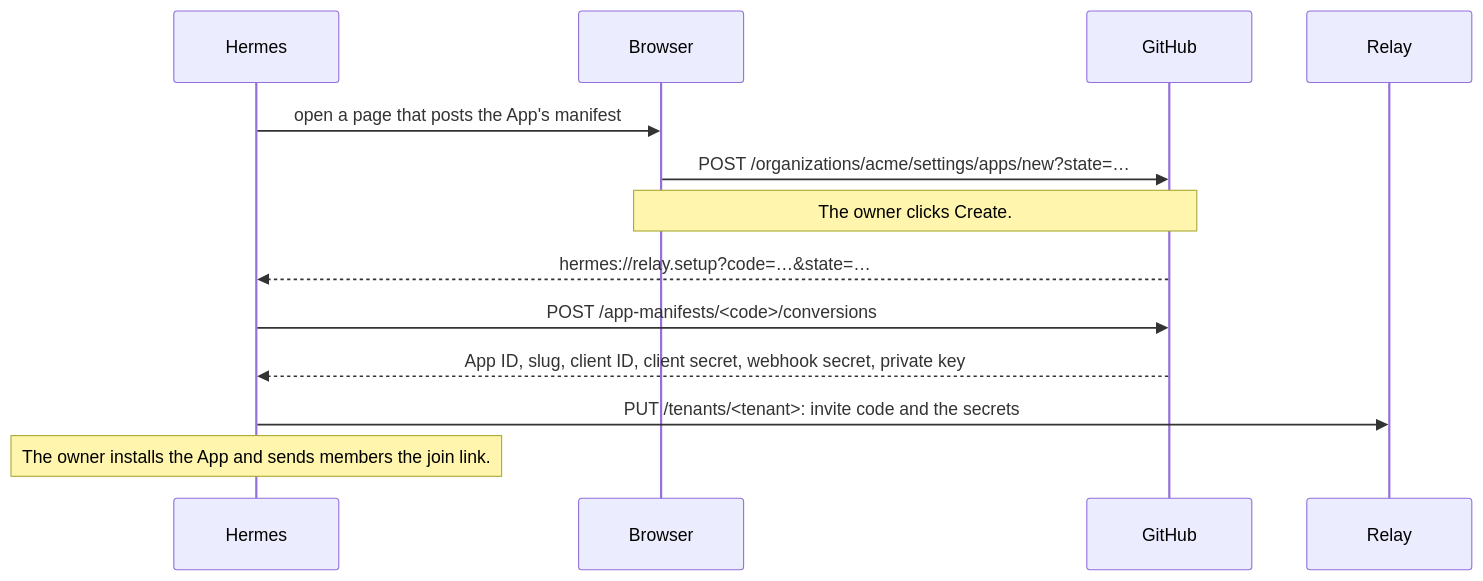
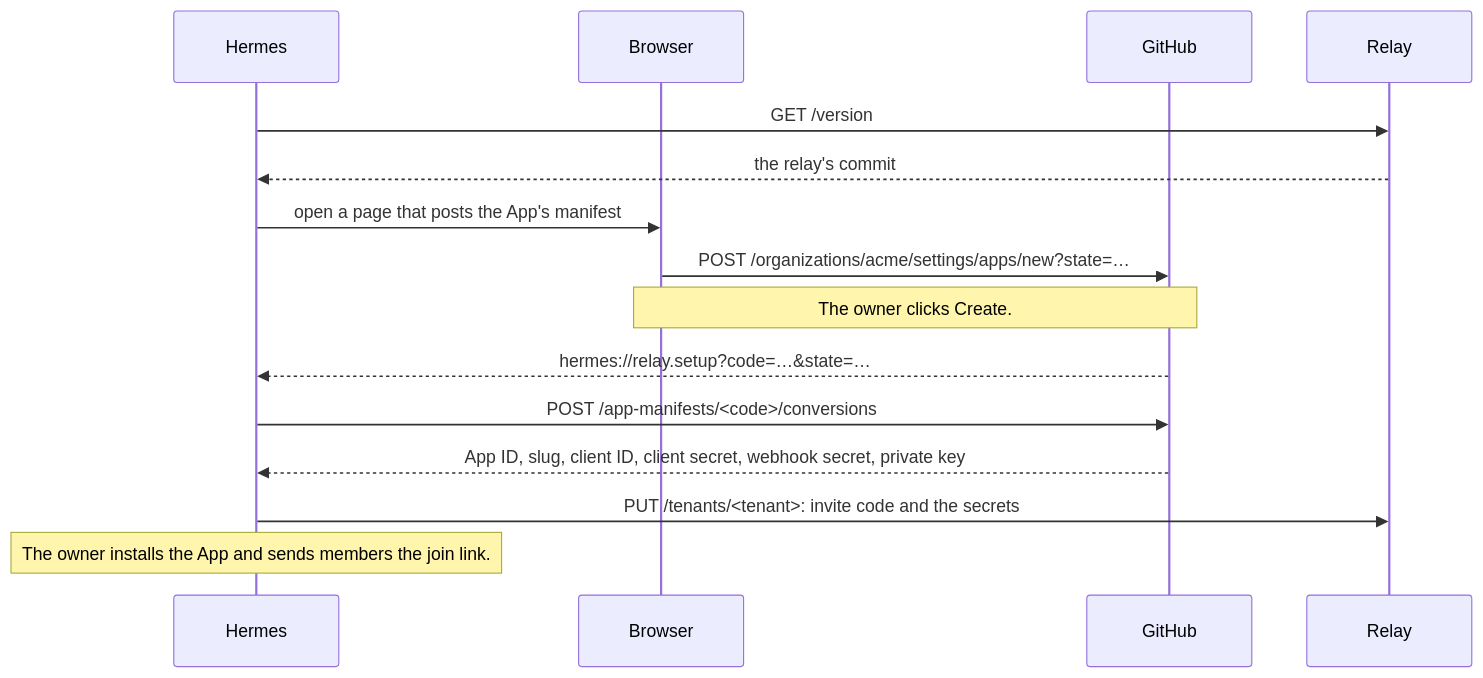
The first of 3 diagrams in plans/relay-client.md (bojanrajkovic/hermes), drawn with Mermaid before and after one commit. The commit also changed other lines of this file and 13 other files, not shown here.

````diff
--- a/plans/relay-client.md
+++ b/plans/relay-client.md
@@ -33,15 +33,17 @@
 ```mermaid
 sequenceDiagram
     participant H as Hermes
     participant B as Browser
     participant G as GitHub
     participant R as Relay
+    H->>R: GET /version
+    R-->>H: the relay's commit
     H->>B: open a page that posts the App's manifest
     B->>G: POST /organizations/acme/settings/apps/new?state=…
     Note over B,G: The owner clicks Create.
     G-->>H: hermes://relay.setup?code=…&state=…
     H->>G: POST /app-manifests/<code>/conversions
     G-->>H: App ID, slug, client ID, client secret, webhook secret, private key
     H->>R: PUT /tenants/<tenant>: invite code and the secrets
     Note over H: The owner installs the App and sends members the join link.
 ```
````
